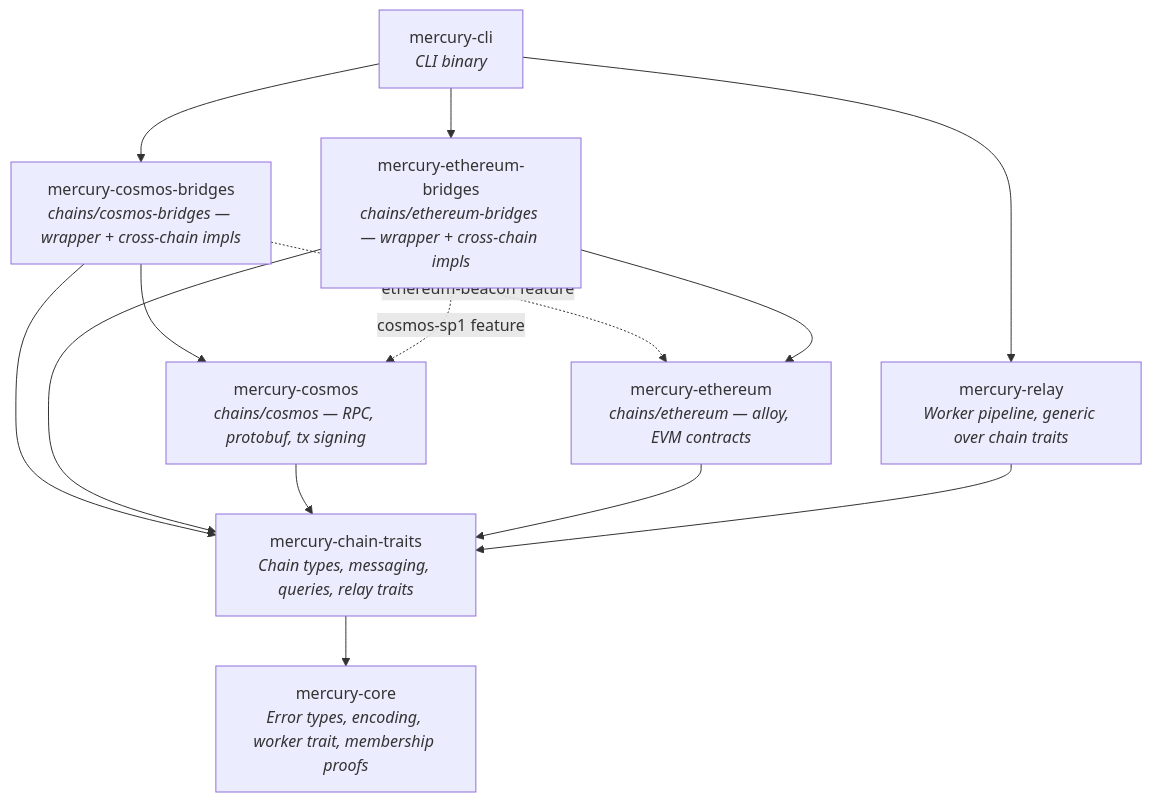
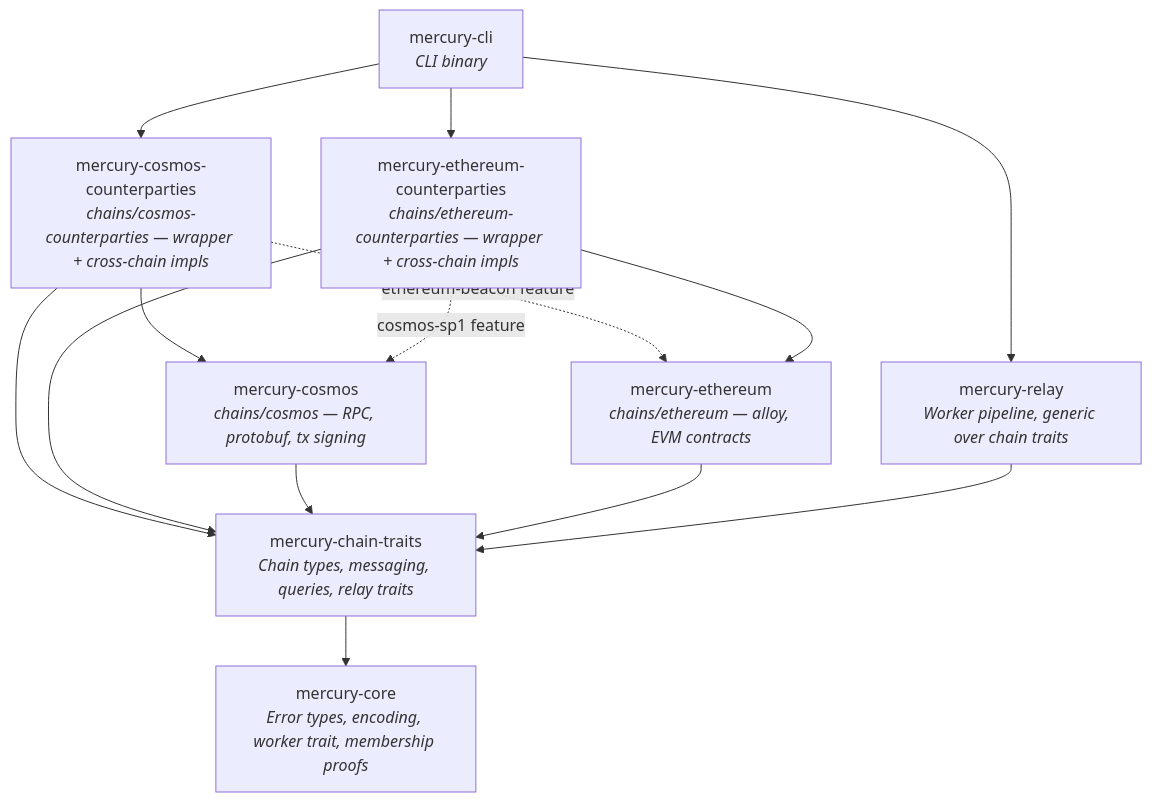
The first of 2 diagrams in docs/architecture.md (vaporif/mercury), drawn with Mermaid before and after one commit. The commit also changed other lines of this file and 55 other files, not shown here.

````diff
--- a/docs/architecture.md
+++ b/docs/architecture.md
@@ -189,25 +189,25 @@
 ```mermaid
 graph TD
     CLI[mercury-cli<br/><i>CLI binary</i>]
     COSMOS[mercury-cosmos<br/><i>chains/cosmos — RPC, protobuf, tx signing</i>]
     ETH[mercury-ethereum<br/><i>chains/ethereum — alloy, EVM contracts</i>]
-    COSMOS_BR[mercury-cosmos-bridges<br/><i>chains/cosmos-bridges — wrapper + cross-chain impls</i>]
-    ETH_BR[mercury-ethereum-bridges<br/><i>chains/ethereum-bridges — wrapper + cross-chain impls</i>]
+    COSMOS_BR[mercury-cosmos-counterparties<br/><i>chains/cosmos-counterparties — wrapper + cross-chain impls</i>]
+    ETH_BR[mercury-ethereum-counterparties<br/><i>chains/ethereum-counterparties — wrapper + cross-chain impls</i>]
     RELAY[mercury-relay<br/><i>Worker pipeline, generic over chain traits</i>]
     TRAITS[mercury-chain-traits<br/><i>Chain types, messaging, queries, relay traits</i>]
     CORE[mercury-core<br/><i>Error types, encoding, worker trait, membership proofs</i>]
 
     CLI --> COSMOS_BR
     CLI --> ETH_BR
     CLI --> RELAY
     COSMOS_BR --> COSMOS
     COSMOS_BR --> TRAITS
     COSMOS_BR -. "ethereum-beacon feature" .-> ETH
     ETH_BR --> ETH
     ETH_BR --> TRAITS
     ETH_BR -. "cosmos-sp1 feature" .-> COSMOS
     COSMOS --> TRAITS
     ETH --> TRAITS
     RELAY --> TRAITS
     TRAITS --> CORE
 ```
````
